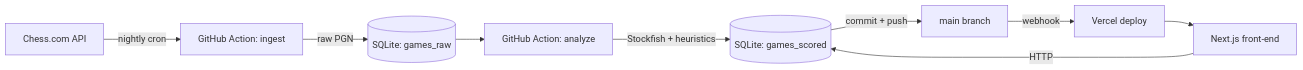
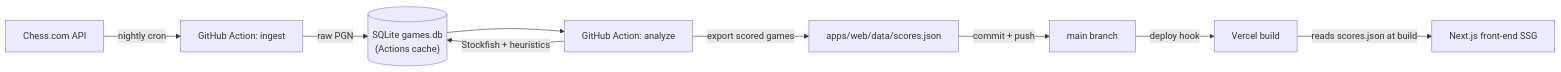
The diagram in README.md (sebthiertant/check-or-mate), drawn with Mermaid before and after one commit. The commit also changed other lines of this file and 2 other files, not shown here.

````diff
--- a/README.md
+++ b/README.md
@@ -60,11 +58,11 @@
 ```mermaid
 flowchart LR
     A[Chess.com API] -->|nightly cron| B[GitHub Action: ingest]
-    B -->|raw PGN| C[(SQLite: games_raw)]
+    B -->|raw PGN| C[("SQLite games.db<br/>(Actions cache)")]
     C --> D[GitHub Action: analyze]
-    D -->|Stockfish + heuristics| E[(SQLite: games_scored)]
+    D -->|Stockfish + heuristics| C
+    D -->|export scored games| E["apps/web/data/scores.json"]
     E -->|commit + push| F[main branch]
-    F -->|webhook| G[Vercel deploy]
-    G --> H[Next.js front-end]
-    H -->|HTTP| E
+    F -->|deploy hook| G[Vercel build]
+    G -->|reads scores.json at build| H[Next.js front-end SSG]
 ```
````
